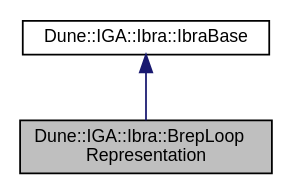
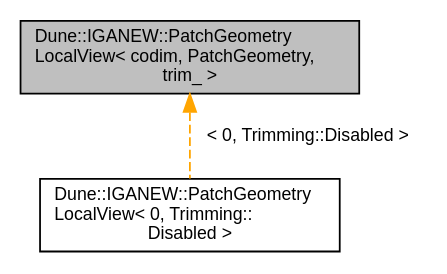
Before and after one commit to rath3t/dune-iga-doc: the diagram in d0/d61/a01130.dot, drawn with Graphviz. The commit also changed 946 other files, not shown here.

Commit message:
deploy: rath3t/dune-iga@1129f046371dfd55370a9dcff02a6aba99e36e4c

```diff
--- a/d0/d61/a01130.dot
+++ b/d0/d61/a01130.dot
@@ -1,9 +1,9 @@
-digraph "Dune::IGA::Ibra::BrepLoopRepresentation"
+digraph "Dune::IGANEW::PatchGeometryLocalView&lt; codim, PatchGeometry, trim_ &gt;"
 {
  // LATEX_PDF_SIZE
   edge [fontname="Helvetica",fontsize="10",labelfontname="Helvetica",labelfontsize="10"];
   node [fontname="Helvetica",fontsize="10",shape=record];
-  Node1 [label="Dune::IGA::Ibra::BrepLoop\lRepresentation",height=0.2,width=0.4,color="black", fillcolor="grey75", style="filled", fontcolor="black",tooltip=" "];
-  Node2 -> Node1 [dir="back",color="midnightblue",fontsize="10",style="solid",fontname="Helvetica"];
-  Node2 [label="Dune::IGA::Ibra::IbraBase",height=0.2,width=0.4,color="black", fillcolor="white", style="filled",URL="$df/dd5/a01115.html",tooltip=" "];
+  Node1 [label="Dune::IGANEW::PatchGeometry\lLocalView\< codim, PatchGeometry,\l trim_ \>",height=0.2,width=0.4,color="black", fillcolor="grey75", style="filled", fontcolor="black",tooltip=" "];
+  Node1 -> Node2 [dir="back",color="orange",fontsize="10",style="dashed",label=" \< 0, Trimming::Disabled \>" ,fontname="Helvetica"];
+  Node2 [label="Dune::IGANEW::PatchGeometry\lLocalView\< 0, Trimming::\lDisabled \>",height=0.2,width=0.4,color="black", fillcolor="white", style="filled",URL="$d8/d84/a01131.html",tooltip=" "];
 }
```
